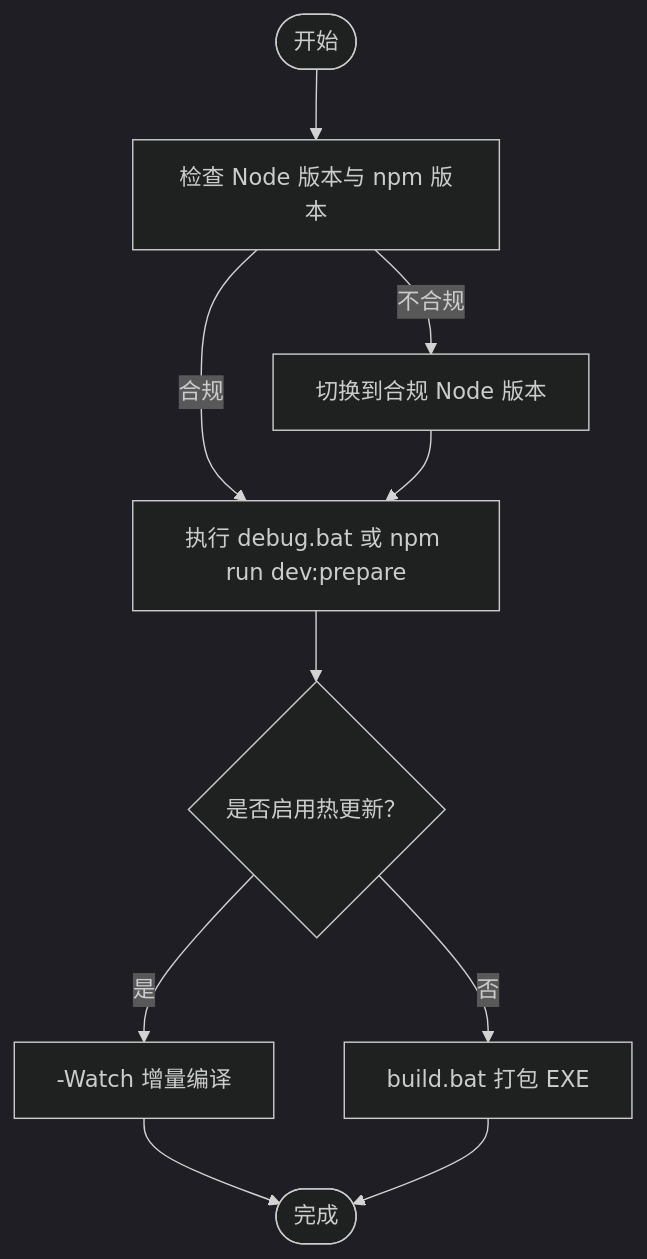
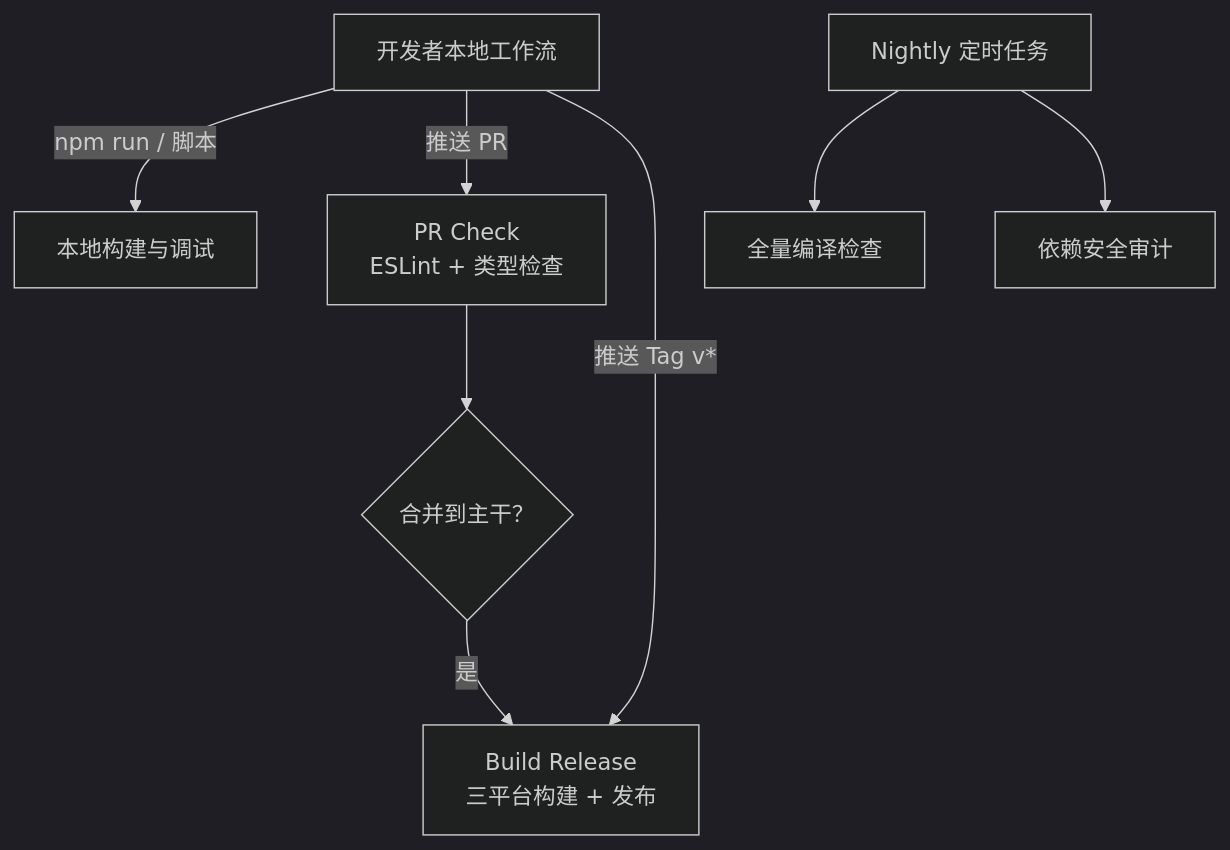
The second of 7 diagrams in .qoder/repowiki/zh/content/贡献指南.md (sofate798/KodrixCode), drawn with Mermaid (dark theme) before and after one commit. The commit also changed other lines of this file and 178 other files, not shown here.

````diff
--- a/.qoder/repowiki/zh/content/贡献指南.md
+++ b/.qoder/repowiki/zh/content/贡献指南.md
@@ -127,12 +84,10 @@
 ```mermaid
 flowchart TD
-Start(["开始"]) --> Env["检查 Node 版本与 npm 版本"]
-Env --> |合规| DevStart["执行 debug.bat 或 npm run dev:prepare"]
-Env --> |不合规| FixNode["切换到合规 Node 版本"]
-FixNode --> DevStart
-DevStart --> Watch{"是否启用热更新？"}
-Watch --> |是| HotReload["-Watch 增量编译"]
-Watch --> |否| BuildExe["build.bat 打包 EXE"]
-HotReload --> End(["完成"])
-BuildExe --> End
+Dev["开发者本地工作流"] --> |npm run / 脚本| BuildLocal["本地构建与调试"]
+Dev --> |推送 PR| PRCheck["PR Check<br/>ESLint + 类型检查"]
+Dev --> |推送 Tag v*| BuildRelease["Build Release<br/>三平台构建 + 发布"]
+Nightly["Nightly 定时任务"] --> CompileFull["全量编译检查"]
+Nightly --> AuditDeps["依赖安全审计"]
+PRCheck --> Merge{"合并到主干？"}
+Merge --> |是| BuildRelease
 ```
````
